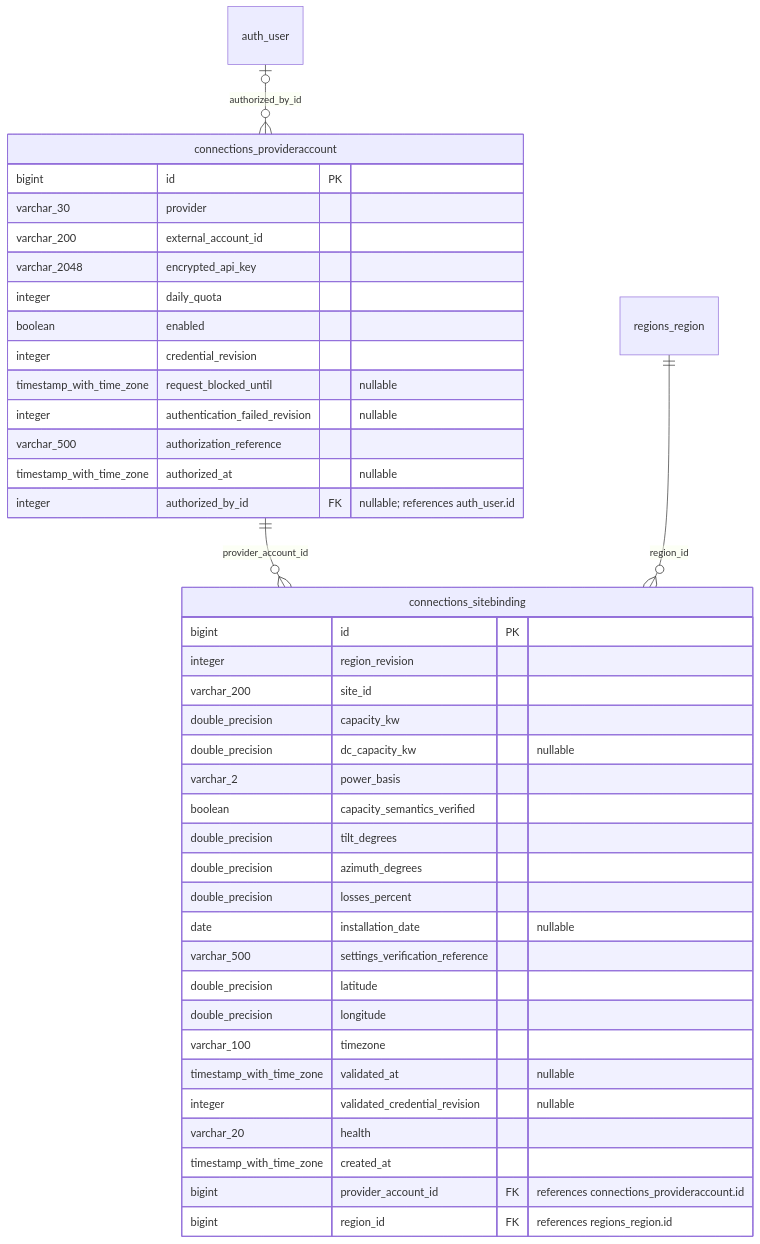
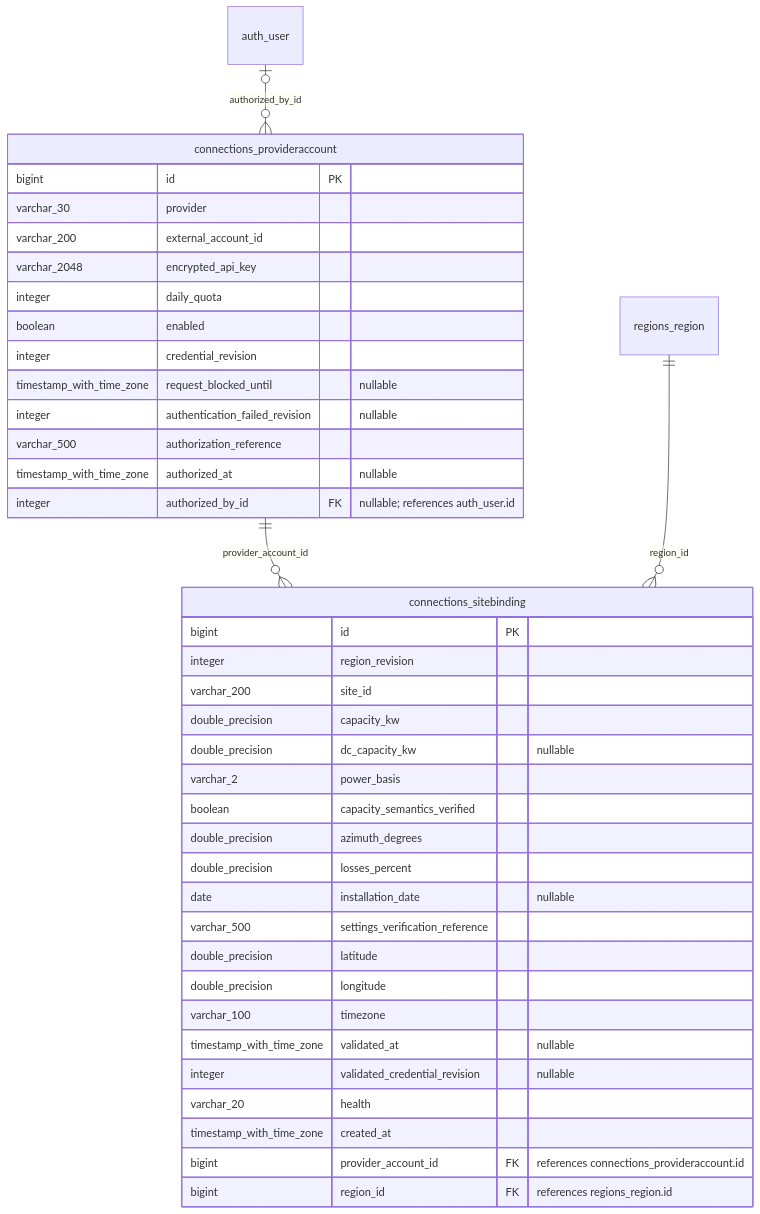
The fourth of 18 diagrams in docs/DATA_MODEL.md (erkurtharun/pyracast), drawn with Mermaid before and after one commit. The commit also changed other lines of this file and 48 other files, not shown here.

````diff
--- a/docs/DATA_MODEL.md
+++ b/docs/DATA_MODEL.md
@@ -355,43 +351,42 @@
 ```mermaid
 erDiagram
     connections_provideraccount {
         bigint id PK
         varchar_30 provider
         varchar_200 external_account_id
         varchar_2048 encrypted_api_key
         integer daily_quota
         boolean enabled
         integer credential_revision
         timestamp_with_time_zone request_blocked_until "nullable"
         integer authentication_failed_revision "nullable"
         varchar_500 authorization_reference
         timestamp_with_time_zone authorized_at "nullable"
         integer authorized_by_id FK "nullable; references auth_user.id"
     }
     connections_sitebinding {
         bigint id PK
         integer region_revision
         varchar_200 site_id
         double_precision capacity_kw
         double_precision dc_capacity_kw "nullable"
         varchar_2 power_basis
         boolean capacity_semantics_verified
-        double_precision tilt_degrees
         double_precision azimuth_degrees
         double_precision losses_percent
         date installation_date "nullable"
         varchar_500 settings_verification_reference
         double_precision latitude
         double_precision longitude
         varchar_100 timezone
         timestamp_with_time_zone validated_at "nullable"
         integer validated_credential_revision "nullable"
         varchar_20 health
         timestamp_with_time_zone created_at
         bigint provider_account_id FK "references connections_provideraccount.id"
         bigint region_id FK "references regions_region.id"
     }
     auth_user |o--o{ connections_provideraccount : "authorized_by_id"
     connections_provideraccount ||--o{ connections_sitebinding : "provider_account_id"
     regions_region ||--o{ connections_sitebinding : "region_id"
 ```
````
